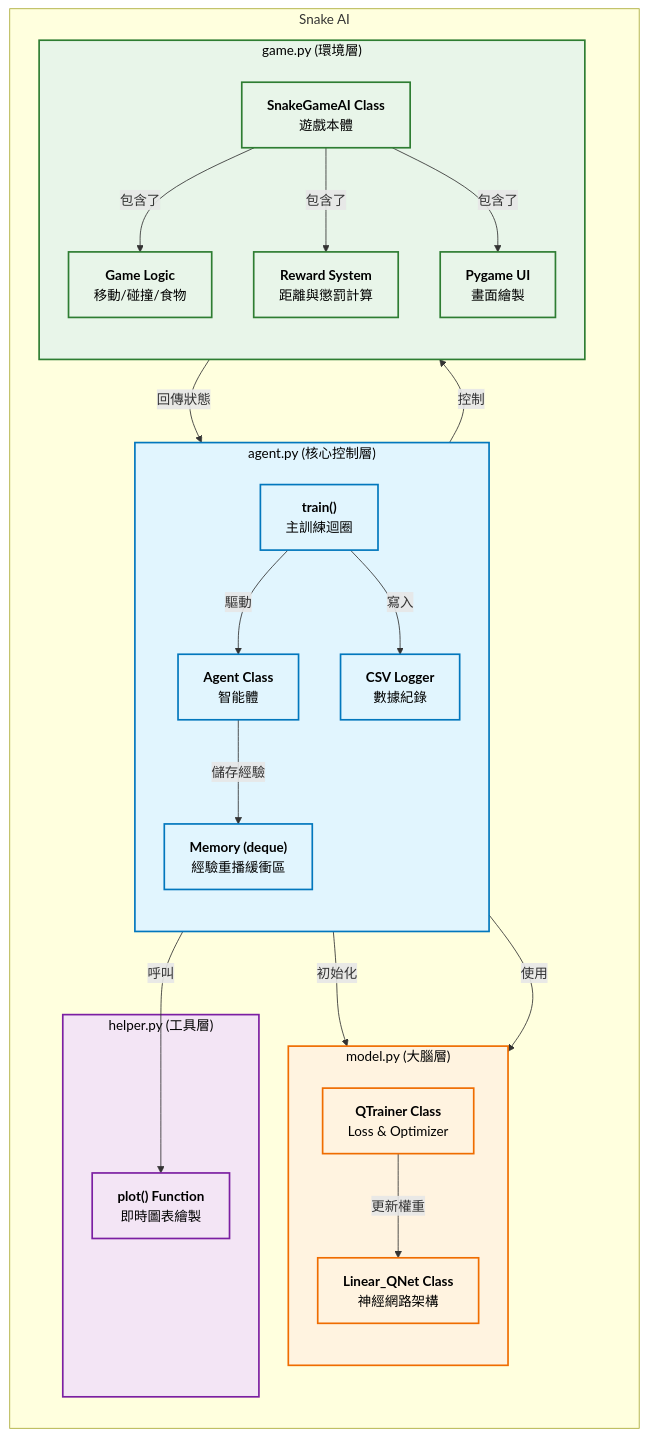
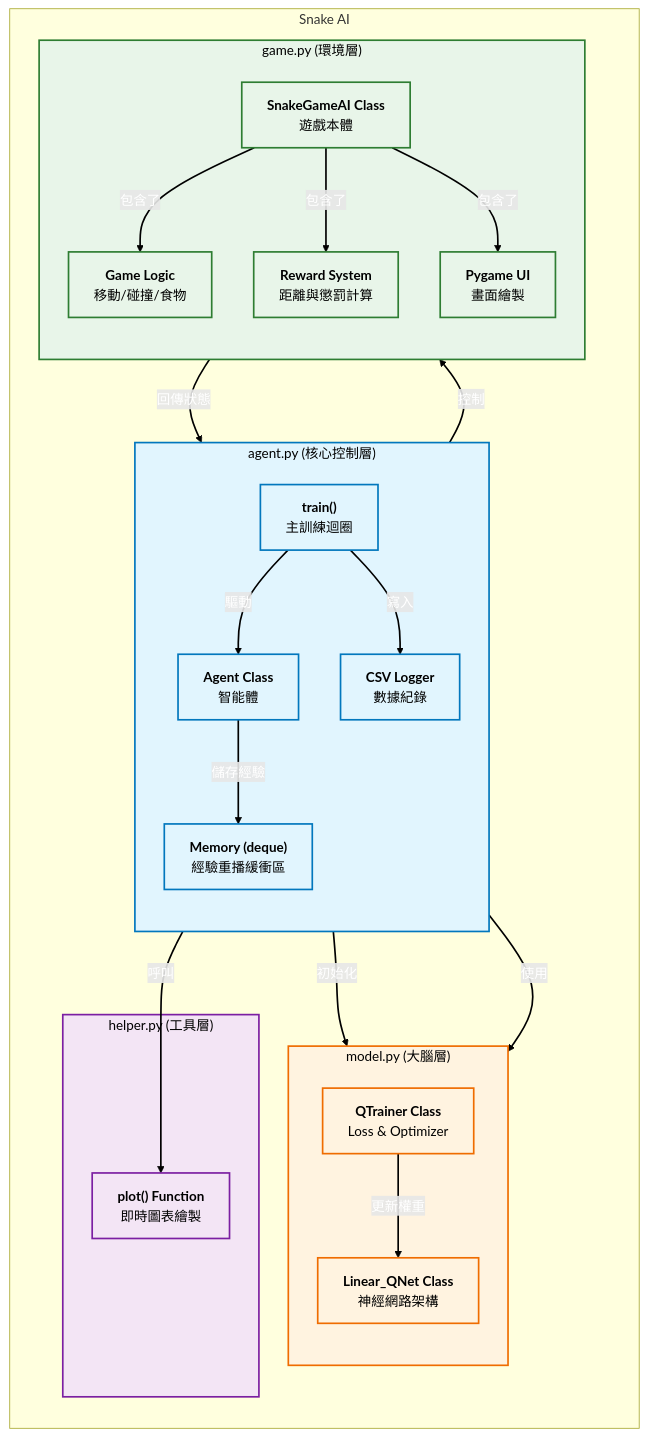
Before and after one commit to CCH147/ML_final_project: the diagram in README.md, drawn with Mermaid. The commit also changed other lines of this file, not shown here.

````diff
--- a/README.md
+++ b/README.md
@@ -12,66 +12,71 @@
 ```mermaid
 graph TD
-    %% 定義樣式
+    %% 定義樣式 (節點樣式)
     classDef file fill:#f9f9f9,stroke:#333,stroke-width:2px,color:#000;
     classDef core fill:#e1f5fe,stroke:#0277bd,stroke-width:2px,color:#000;
     classDef game fill:#e8f5e9,stroke:#2e7d32,stroke-width:2px,color:#000;
     classDef model fill:#fff3e0,stroke:#ef6c00,stroke-width:2px,color:#000;
     classDef util fill:#f3e5f5,stroke:#7b1fa2,stroke-width:2px,color:#000;
 
     subgraph Project ["Snake AI"]
         direction TB
         
         %% Agent 模組
         subgraph AgentFile ["agent.py (核心控制層)"]
             direction TB
             Agent["<b>Agent Class</b><br/>智能體"]
             Mem["<b>Memory (deque)</b><br/>經驗重播緩衝區"]
             MainLoop["<b>train()</b><br/>主訓練迴圈"]
             CSVLog["<b>CSV Logger</b><br/>數據紀錄"]
         end
         
         %% Game 模組
         subgraph GameFile ["game.py (環境層)"]
             direction TB
             Game["<b>SnakeGameAI Class</b><br/>遊戲本體"]
             UI["<b>Pygame UI</b><br/>畫面繪製"]
             Logic["<b>Game Logic</b><br/>移動/碰撞/食物"]
             Reward["<b>Reward System</b><br/>距離與懲罰計算"]
         end
 
         %% Model 模組
         subgraph ModelFile ["model.py (大腦層)"]
             direction TB
             QNet["<b>Linear_QNet Class</b><br/>神經網路架構"]
             Trainer["<b>QTrainer Class</b><br/>Loss & Optimizer"]
         end
 
         %% Helper 模組
         subgraph HelperFile ["helper.py (工具層)"]
             Plot["<b>plot() Function</b><br/>即時圖表繪製"]
         end
     end
 
     %% 關係連線 (重點修復：所有標籤都加上雙引號)
     Agent -->|"控制 "| Game
     Agent -->|"初始化 "| QNet
     Agent -->|"使用 "| Trainer
     Agent -->|"儲存經驗 "| Mem
     Agent -->|"呼叫 "| Plot
     
     MainLoop -->|"驅動 "| Agent
     MainLoop -->|"寫入 "| CSVLog
     
     Game -->|"回傳狀態 "| Agent
     Game -->|"包含了 "| Logic
     Game -->|"包含了 "| Reward
     Game -->|"包含了 "| UI
     
     Trainer -->|"更新權重 "| QNet
     
-    %% 套用樣式
+    %% 套用樣式 (節點分類)
     class AgentFile,Agent,Mem,MainLoop,CSVLog core;
     class GameFile,Game,UI,Logic,Reward game;
     class ModelFile,QNet,Trainer model;
     class HelperFile,Plot util;
+
+    %% stroke: 線條顏色 (設為純黑 #000000)
+    %% stroke-width: 線條粗細 (設為 2px，加粗才看得清楚)
+    %% color: 文字標籤顏色 (設為純黑)
+    linkStyle default stroke:#000000,stroke-width:2px,color:white;
 ```
````
